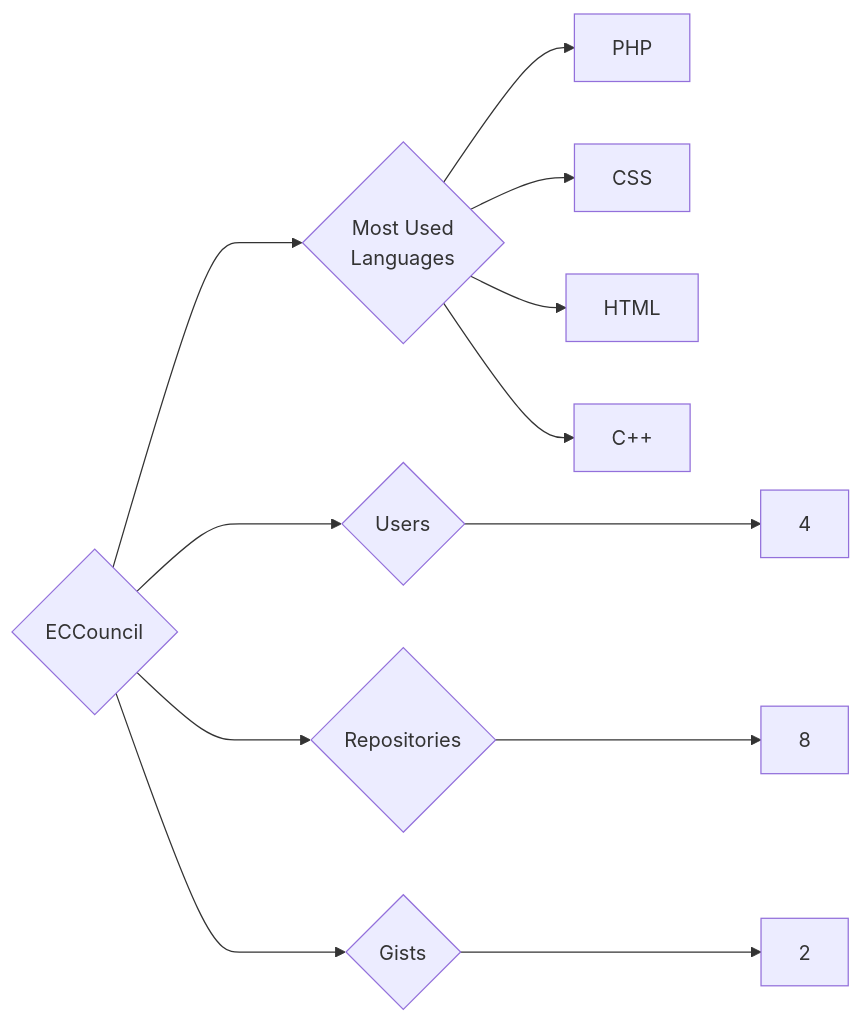
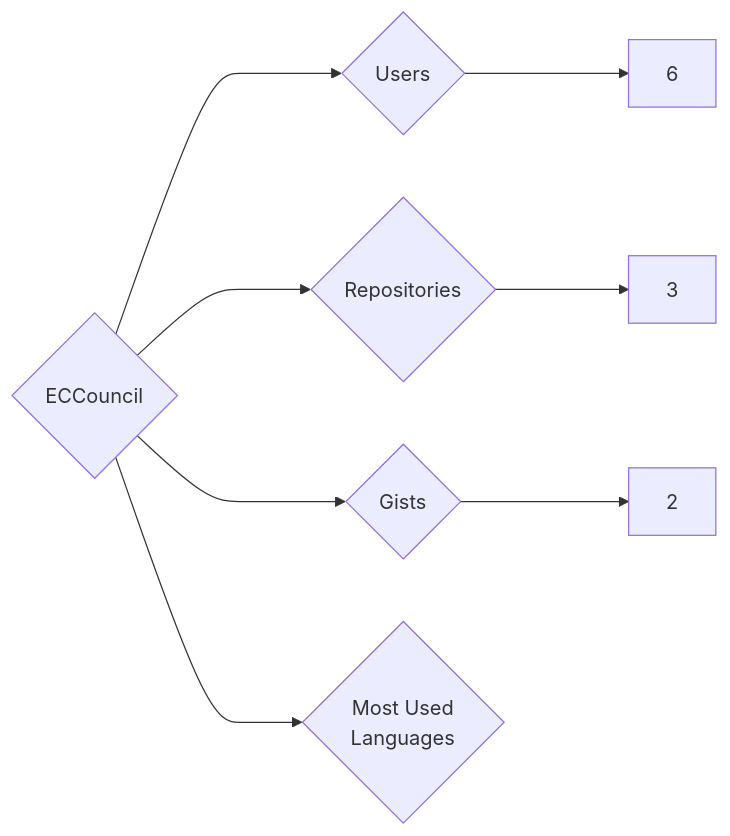
The diagram in targets/ECCouncil/README.md (trickest/insiders), drawn with Mermaid before and after one commit. The commit also changed 942 other files, not shown here.

````diff
--- a/targets/ECCouncil/README.md
+++ b/targets/ECCouncil/README.md
@@ -3,12 +3,8 @@
 ```mermaid
 graph LR
 COMPANY_NAME{ECCouncil}
-COMPANY_NAME ---> U{Users} ---> UN[4]
-COMPANY_NAME ---> R{Repositories} ---> RN[8]
+COMPANY_NAME ---> U{Users} ---> UN[6]
+COMPANY_NAME ---> R{Repositories} ---> RN[3]
 COMPANY_NAME ---> G{Gists} ---> GN[2]
 COMPANY_NAME ---> ML{Most Used<br>Languages}
-ML --> PHP[PHP]
-ML --> CSS[CSS]
-ML --> HTML[HTML]
-ML --> C++[C++]
 ```
````
